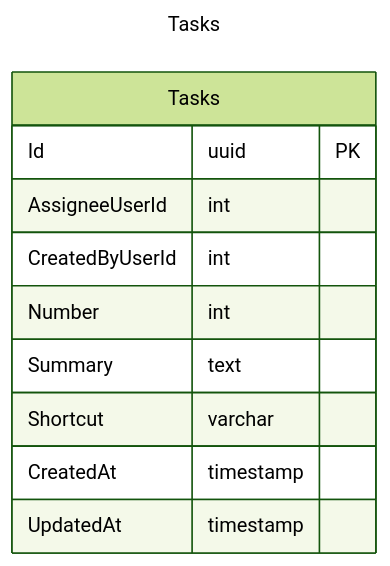
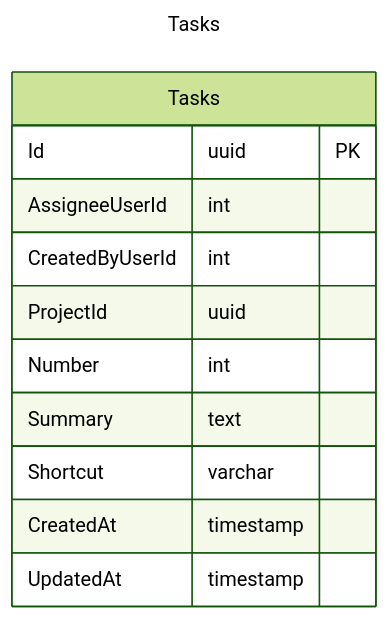
The diagram in docs/database/tasks.MD (danyducky/hot-knowledge), drawn with Mermaid (forest theme) before and after one commit.

Commit message:
Add project field TASK-41

````diff
--- a/docs/database/tasks.MD
+++ b/docs/database/tasks.MD
@@ -1,19 +1,21 @@
 ```mermaid
 ---
 title: Tasks
 ---
 
 erDiagram
     Tasks {
         Id uuid PK
         AssigneeUserId int
         CreatedByUserId int
 
+        ProjectId uuid
+
         Number int
         Summary text
         Shortcut varchar
 
         CreatedAt timestamp
         UpdatedAt timestamp
     }
 ```
````
